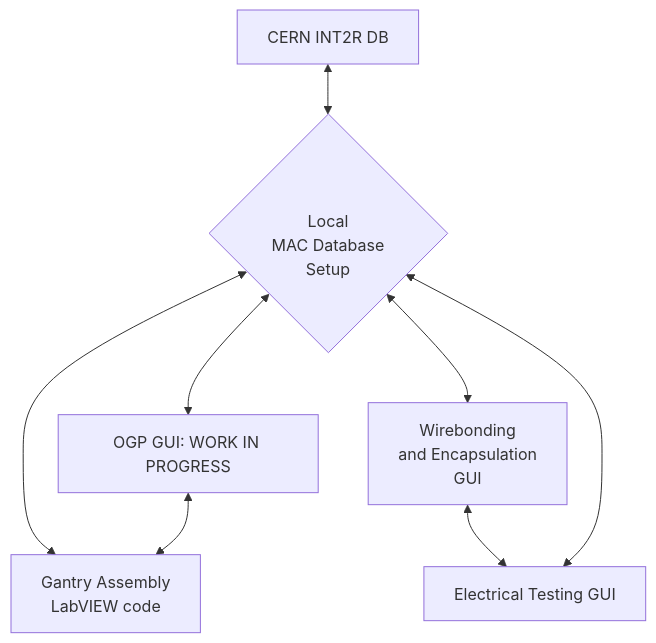
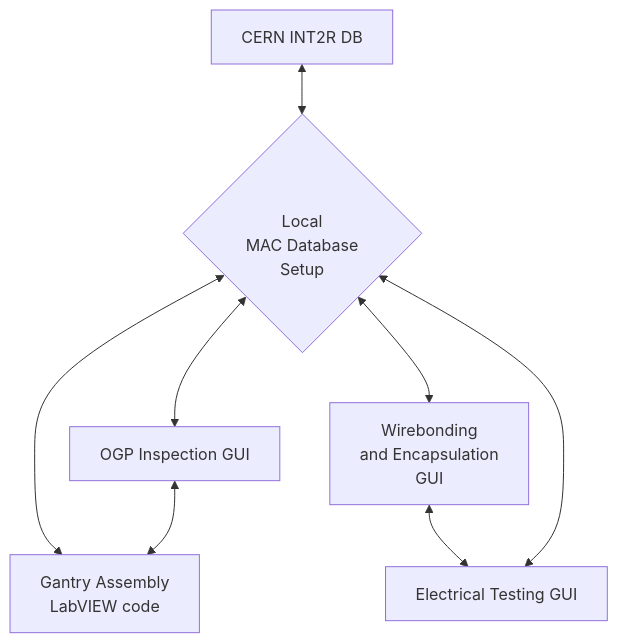
One commit to cmu-hgc-mac/.github changed the diagram in profile/README.md. Above: the diagram before and after it, drawn with Mermaid.

````diff
--- a/profile/README.md
+++ b/profile/README.md
@@ -5,16 +5,16 @@
 ```mermaid
 graph TD
     K[CERN INT2R DB] <--> A
-    A{<br>Local<br>MAC Database<br>Setup} <--> B[OGP GUI: WORK IN PROGRESS]
+    A{<br>Local<br>MAC Database<br>Setup} <--> B[OGP Inspection GUI]
     A{<br>Local<br>MAC Database<br>Setup} <--> C[Gantry Assembly<br>LabVIEW code]
     B <--> C
     A <--> D[Wirebonding<br>and Encapsulation<br>GUI]
     D <--> E[Electrical Testing GUI]
     E <--> A
     click A href "https://github.com/cmu-hgc-mac/HGC_DB_postgres/"
     click B href "https://github.com/cmu-hgc-mac/HGC_OGP_DB"
     click C href "https://github.com/kai-ucsb/Gantry"
     click D href "https://github.com/nkalliney1/wirebonder_gui"
     click E href "https://gitlab.cern.ch/acrobert/hgcal-module-testing-gui/"
 
 ```
````
